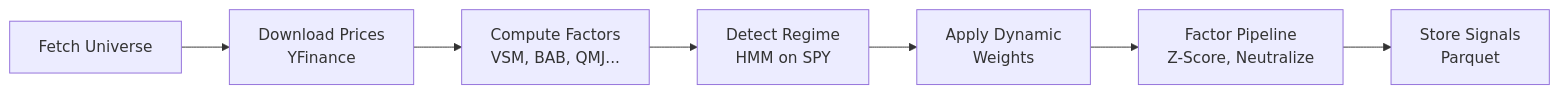
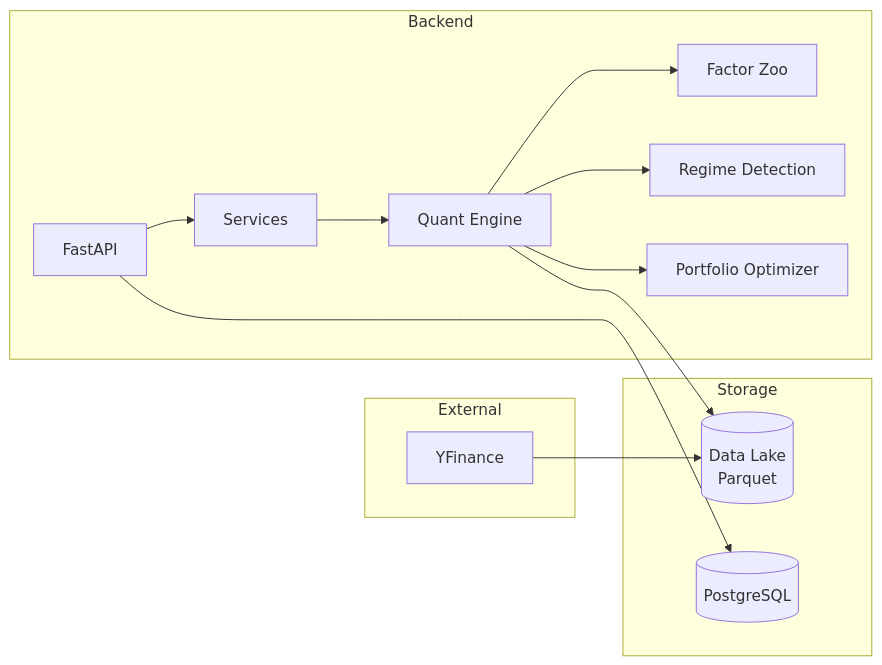
Before and after one commit to willychang21/alpha_quant: the diagram in backend/README.md, drawn with Mermaid. The commit also changed other lines of this file and 13 other files, not shown here.

````diff
--- a/backend/README.md
+++ b/backend/README.md
@@ -2356,9 +27,23 @@
 ```mermaid
 graph LR
-    A[Fetch Universe] --> B[Download Prices<br/>YFinance]
-    B --> C[Compute Factors<br/>VSM, BAB, QMJ...]
-    C --> D[Detect Regime<br/>HMM on SPY]
-    D --> E[Apply Dynamic<br/>Weights]
-    E --> F[Factor Pipeline<br/>Z-Score, Neutralize]
-    F --> G[Store Signals<br/>Parquet]
+    subgraph External
+        YF[YFinance]
+    end
+    
+    subgraph Backend
+        API[FastAPI] --> SVC[Services]
+        SVC --> QUANT[Quant Engine]
+        QUANT --> FACTORS[Factor Zoo]
+        QUANT --> HMM[Regime Detection]
+        QUANT --> PORTFOLIO[Portfolio Optimizer]
+    end
+    
+    subgraph Storage
+        LAKE[(Data Lake<br/>Parquet)]
+        DB[(PostgreSQL)]
+    end
+    
+    YF --> LAKE
+    QUANT --> LAKE
+    API --> DB
 ```
````
